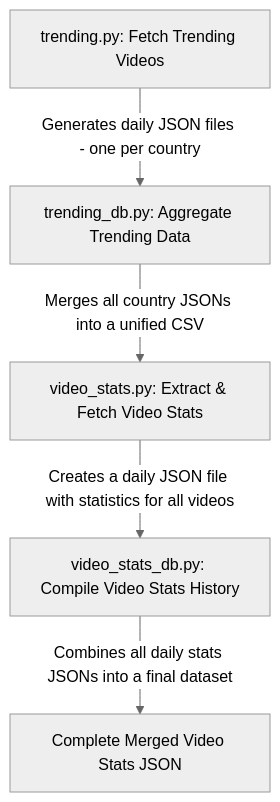
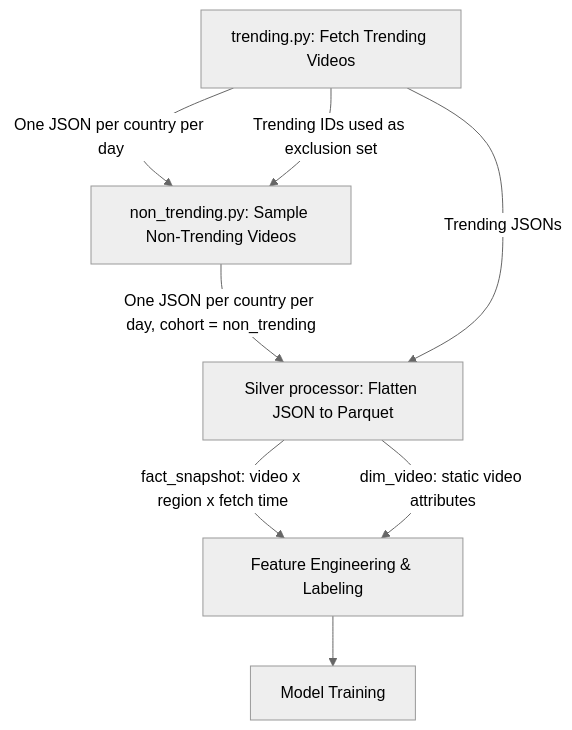
One commit to gpsyrou/tube-virality changed the diagram in README.md. Above: the diagram before and after it, drawn with Mermaid (neutral theme). The commit also changed other lines of this file, not shown here.

````diff
--- a/README.md
+++ b/README.md
@@ -38,7 +52,10 @@
 ```mermaid
 graph TD;
-    A[trending.py: Fetch Trending Videos] -->|Generates daily JSON files - one per country| B[trending_db.py: Aggregate Trending Data];
-    B -->|Merges all country JSONs into a unified CSV| C[video_stats.py: Extract & Fetch Video Stats];
-    C -->|Creates a daily JSON file with statistics for all videos| D[video_stats_db.py: Compile Video Stats History];
-    D -->|Combines all daily stats JSONs into a final dataset| E[Complete Merged Video Stats JSON];
+    A[trending.py: Fetch Trending Videos] -->|One JSON per country per day| B[non_trending.py: Sample Non-Trending Videos];
+    A -->|Trending IDs used as exclusion set| B;
+    B -->|One JSON per country per day, cohort = non_trending| C[Silver processor: Flatten JSON to Parquet];
+    A -->|Trending JSONs| C;
+    C -->|fact_snapshot: video x region x fetch time| D[Feature Engineering & Labeling];
+    C -->|dim_video: static video attributes| D;
+    D --> E[Model Training];
 ```
````
